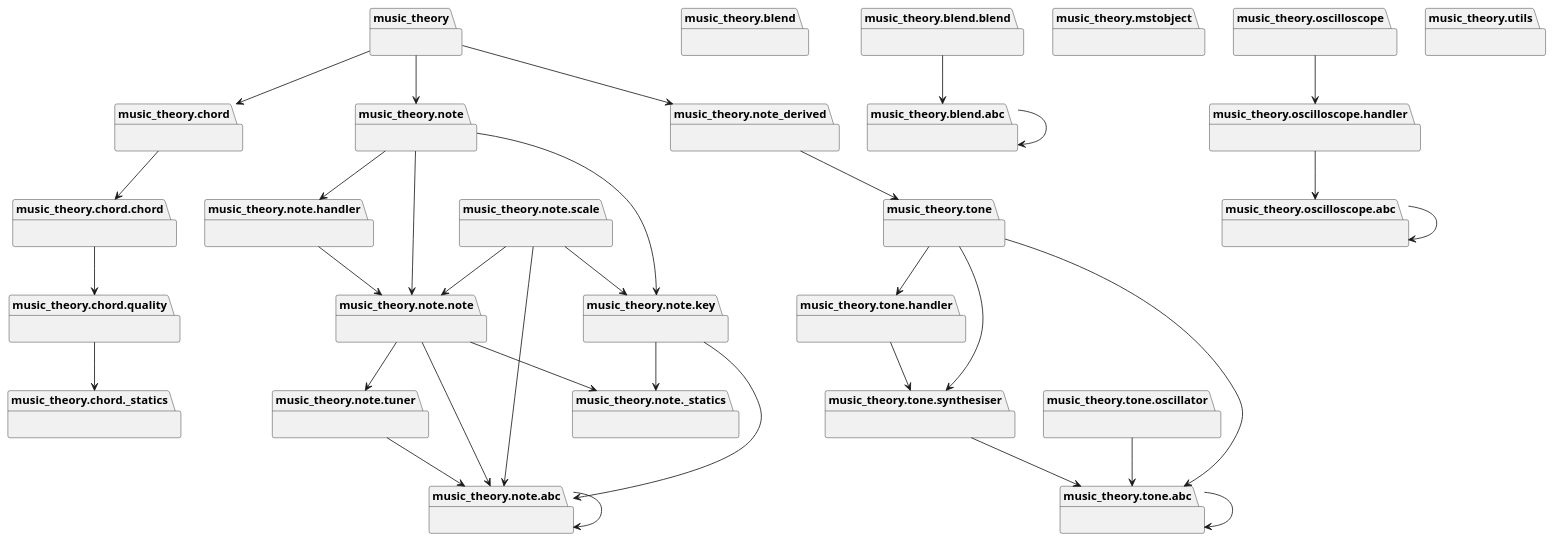
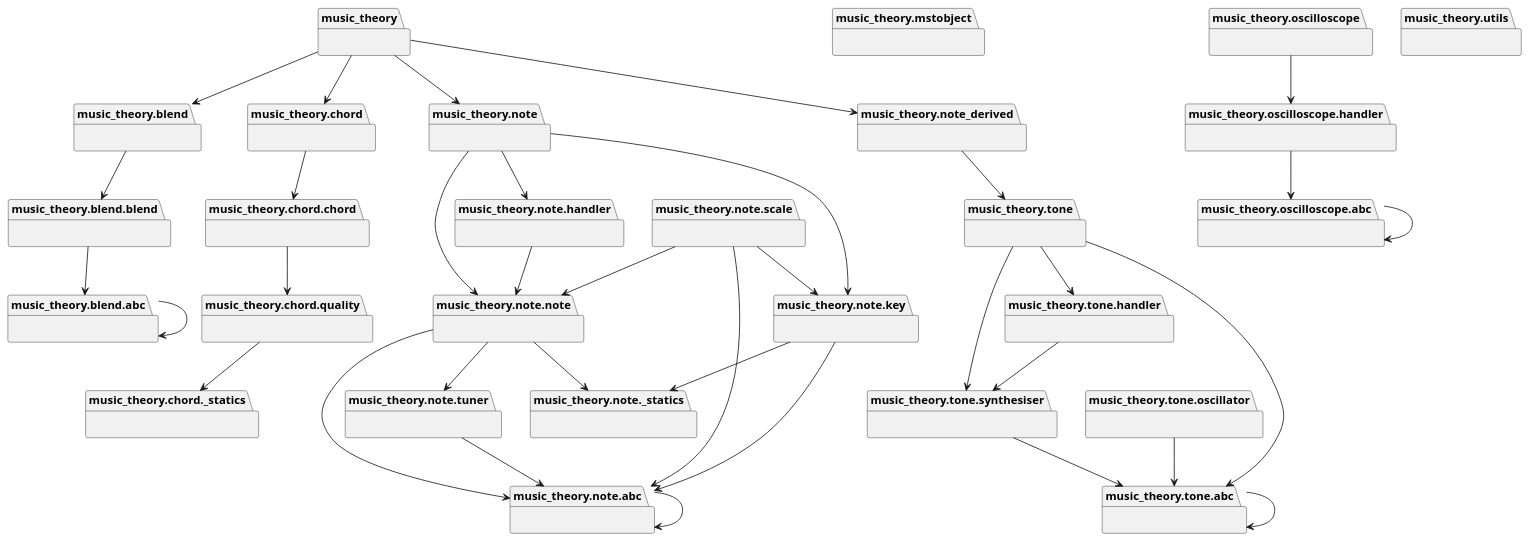
Before and after one commit to Oujox/music-theory: the diagram in .uml/packages_music-theory.puml, drawn with PlantUML. The commit also changed 9 other files, not shown here.

```diff
--- a/.uml/packages_music-theory.puml
+++ b/.uml/packages_music-theory.puml
@@ -1,90 +1,92 @@
 @startuml packages_music-theory
 set namespaceSeparator none
 package "music_theory" as music_theory {
 }
 package "music_theory.blend" as music_theory.blend {
 }
 package "music_theory.blend.abc" as music_theory.blend.abc {
 }
 package "music_theory.blend.blend" as music_theory.blend.blend {
 }
 package "music_theory.chord" as music_theory.chord {
 }
 package "music_theory.chord._statics" as music_theory.chord._statics {
 }
 package "music_theory.chord.chord" as music_theory.chord.chord {
 }
 package "music_theory.chord.quality" as music_theory.chord.quality {
 }
 package "music_theory.mstobject" as music_theory.mstobject {
 }
 package "music_theory.note" as music_theory.note {
 }
 package "music_theory.note._statics" as music_theory.note._statics {
 }
 package "music_theory.note.abc" as music_theory.note.abc {
 }
 package "music_theory.note.handler" as music_theory.note.handler {
 }
 package "music_theory.note.key" as music_theory.note.key {
 }
 package "music_theory.note.note" as music_theory.note.note {
 }
 package "music_theory.note.scale" as music_theory.note.scale {
 }
 package "music_theory.note.tuner" as music_theory.note.tuner {
 }
 package "music_theory.note_derived" as music_theory.note_derived {
 }
 package "music_theory.oscilloscope" as music_theory.oscilloscope {
 }
 package "music_theory.oscilloscope.abc" as music_theory.oscilloscope.abc {
 }
 package "music_theory.oscilloscope.handler" as music_theory.oscilloscope.handler {
 }
 package "music_theory.tone" as music_theory.tone {
 }
 package "music_theory.tone.abc" as music_theory.tone.abc {
 }
 package "music_theory.tone.handler" as music_theory.tone.handler {
 }
 package "music_theory.tone.oscillator" as music_theory.tone.oscillator {
 }
 package "music_theory.tone.synthesiser" as music_theory.tone.synthesiser {
 }
 package "music_theory.utils" as music_theory.utils {
 }
+music_theory --> music_theory.blend
 music_theory --> music_theory.chord
 music_theory --> music_theory.note
 music_theory --> music_theory.note_derived
+music_theory.blend --> music_theory.blend.blend
 music_theory.blend.abc --> music_theory.blend.abc
 music_theory.blend.blend --> music_theory.blend.abc
 music_theory.chord --> music_theory.chord.chord
 music_theory.chord.chord --> music_theory.chord.quality
 music_theory.chord.quality --> music_theory.chord._statics
 music_theory.note --> music_theory.note.handler
 music_theory.note --> music_theory.note.key
 music_theory.note --> music_theory.note.note
 music_theory.note.abc --> music_theory.note.abc
 music_theory.note.handler --> music_theory.note.note
 music_theory.note.key --> music_theory.note._statics
 music_theory.note.key --> music_theory.note.abc
 music_theory.note.note --> music_theory.note._statics
 music_theory.note.note --> music_theory.note.abc
 music_theory.note.note --> music_theory.note.tuner
 music_theory.note.scale --> music_theory.note.abc
 music_theory.note.scale --> music_theory.note.key
 music_theory.note.scale --> music_theory.note.note
 music_theory.note.tuner --> music_theory.note.abc
 music_theory.note_derived --> music_theory.tone
 music_theory.oscilloscope --> music_theory.oscilloscope.handler
 music_theory.oscilloscope.abc --> music_theory.oscilloscope.abc
 music_theory.oscilloscope.handler --> music_theory.oscilloscope.abc
 music_theory.tone --> music_theory.tone.abc
 music_theory.tone --> music_theory.tone.handler
 music_theory.tone --> music_theory.tone.synthesiser
 music_theory.tone.abc --> music_theory.tone.abc
 music_theory.tone.handler --> music_theory.tone.synthesiser
 music_theory.tone.oscillator --> music_theory.tone.abc
 music_theory.tone.synthesiser --> music_theory.tone.abc
 @enduml
```
